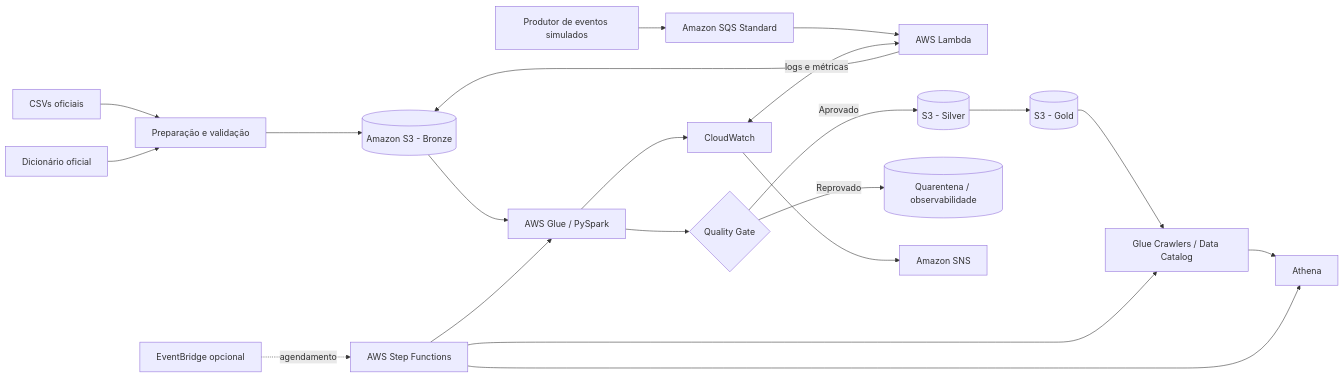
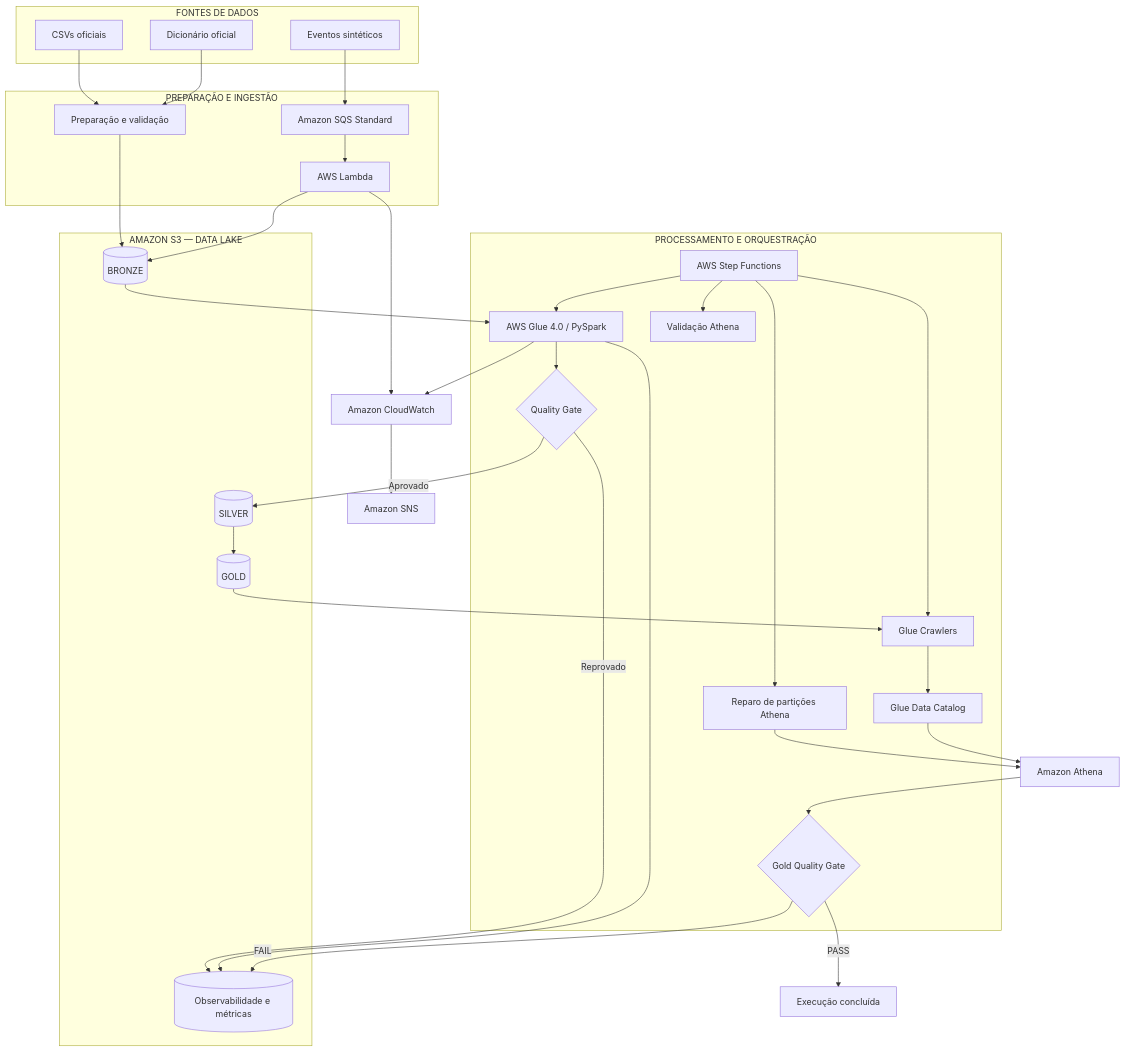
The diagram in README.md (Eric-Schwinn-Lima/Tech-Challenge-Pipeline-Fase-2), drawn with Mermaid before and after one commit. The commit also changed other lines of this file and 11 other files, not shown here.

````diff
--- a/README.md
+++ b/README.md
@@ -80,27 +79,115 @@
 ```mermaid
-flowchart LR
-    SRC[CSVs oficiais] --> PREP[Preparação e validação]
-    DICT[Dicionário oficial] --> PREP
-    PREP --> BRONZE[(Amazon S3 - Bronze)]
 
-    EVT[Produtor de eventos simulados] --> SQS[Amazon SQS Standard]
-    SQS --> LAMBDA[AWS Lambda]
+flowchart TB
+
+    subgraph FONTES["FONTES DE DADOS"]
+
+        CSV["CSVs oficiais"]
+
+        DIC["Dicionário oficial"]
+
+        EVT["Eventos sintéticos"]
+
+    end
+
+    subgraph INGESTAO["PREPARAÇÃO E INGESTÃO"]
+
+        PREP["Preparação e validação"]
+
+        SQS["Amazon SQS Standard"]
+
+        LAMBDA["AWS Lambda"]
+
+    end
+
+    subgraph DATA_LAKE["AMAZON S3 — DATA LAKE"]
+
+        BRONZE[("BRONZE")]
+
+        SILVER[("SILVER")]
+
+        GOLD[("GOLD")]
+
+        OBS[("Observabilidade e métricas")]
+
+    end
+
+    subgraph PROCESSAMENTO["PROCESSAMENTO E ORQUESTRAÇÃO"]
+
+        SFN["AWS Step Functions"]
+
+        GLUE["AWS Glue 4.0 / PySpark"]
+
+        GATE{"Quality Gate"}
+
+        CRAWLERS["Glue Crawlers"]
+
+        CATALOG["Glue Data Catalog"]
+
+        REPAIR["Reparo de partições Athena"]
+
+        VALIDATE["Validação Athena"]
+
+        FINAL{"Gold Quality Gate"}
+
+    end
+
+    ATHENA["Amazon Athena"]
+
+    CW["Amazon CloudWatch"]
+
+    SNS["Amazon SNS"]
+
+    CSV --> PREP
+
+    DIC --> PREP
+
+    PREP --> BRONZE
+
+    EVT --> SQS
+
+    SQS --> LAMBDA
+
     LAMBDA --> BRONZE
 
-    BRONZE --> GLUE[AWS Glue / PySpark]
-    GLUE --> QA{Quality Gate}
-    QA -->|Aprovado| SILVER[(S3 - Silver)]
-    QA -->|Reprovado| QUAR[(Quarentena / observabilidade)]
-    SILVER --> GOLD[(S3 - Gold)]
+    LAMBDA --> CW
 
-    GOLD --> CRAWL[Glue Crawlers / Data Catalog]
-    CRAWL --> ATH[Athena]
+    SFN --> GLUE
 
-    SFN[AWS Step Functions] --> GLUE
-    SFN --> CRAWL
-    SFN --> ATH
-    CW[CloudWatch] <-->|logs e métricas| LAMBDA
+    BRONZE --> GLUE
+
+    GLUE --> GATE
+
+    GATE -->|Aprovado| SILVER
+
+    GATE -->|Reprovado| OBS
+
+    SILVER --> GOLD
+
     GLUE --> CW
-    CW --> SNS[Amazon SNS]
-    EB[EventBridge opcional] -. agendamento .-> SFN
+
+    GLUE --> OBS
+
+    SFN --> CRAWLERS
+
+    GOLD --> CRAWLERS
+
+    CRAWLERS --> CATALOG
+
+    SFN --> REPAIR
+
+    REPAIR --> ATHENA
+
+    SFN --> VALIDATE
+
+    CATALOG --> ATHENA
+
+    ATHENA --> FINAL
+
+    FINAL -->|PASS| SUCCESS["Execução concluída"]
+
+    FINAL -->|FAIL| OBS
+
+    CW --> SNS
+
 ```
````
